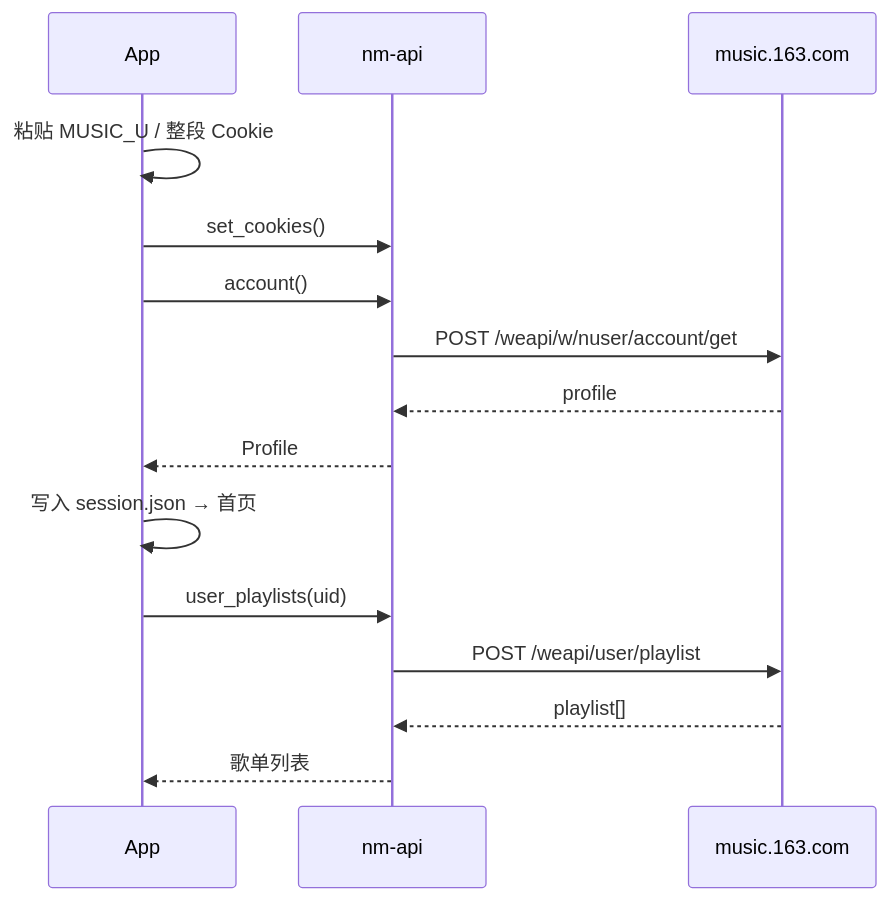
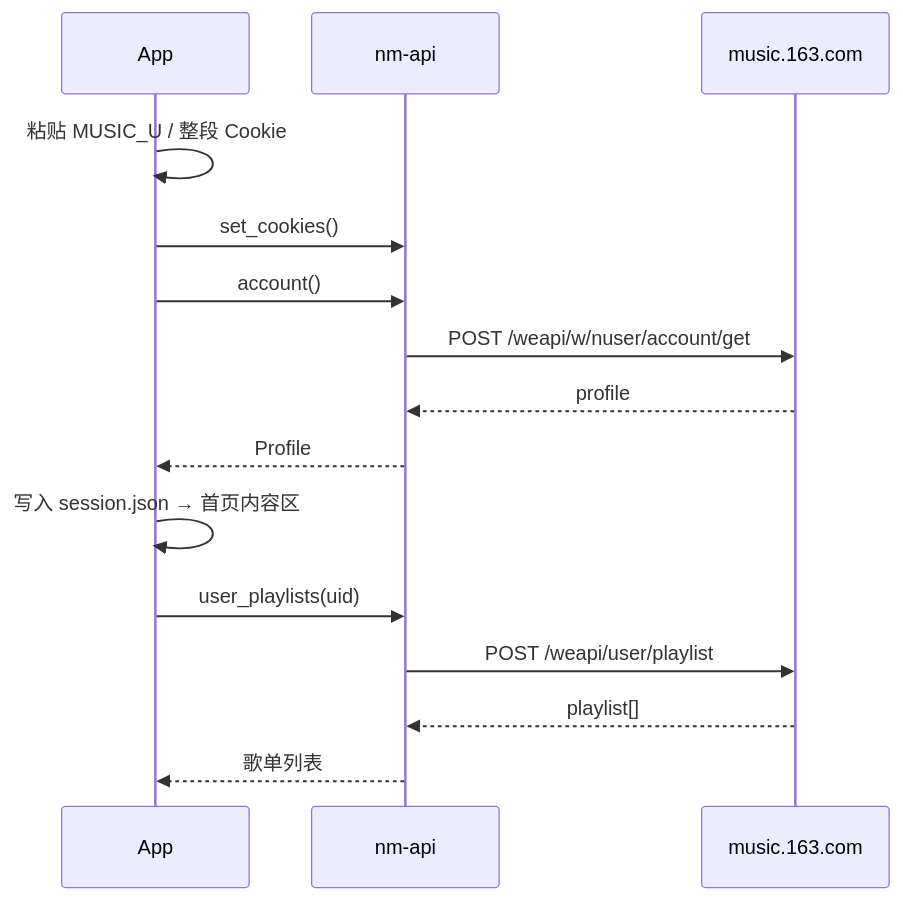
One commit to KamiDream/Montis changed the first of 2 diagrams in README.md. Above: the diagram before and after it, drawn with Mermaid. The commit also changed other lines of this file and 20 other files, not shown here.

````diff
--- a/README.md
+++ b/README.md
@@ -276,18 +269,18 @@
 ```mermaid
 sequenceDiagram
     participant App
     participant API as nm-api
     participant NE as music.163.com
 
     App->>App: 粘贴 MUSIC_U / 整段 Cookie
     App->>API: set_cookies()
     App->>API: account()
     API->>NE: POST /weapi/w/nuser/account/get
     NE-->>API: profile
     API-->>App: Profile
-    App->>App: 写入 session.json → 首页
+    App->>App: 写入 session.json → 首页内容区
     App->>API: user_playlists(uid)
     API->>NE: POST /weapi/user/playlist
     NE-->>API: playlist[]
     API-->>App: 歌单列表
 ```
````
